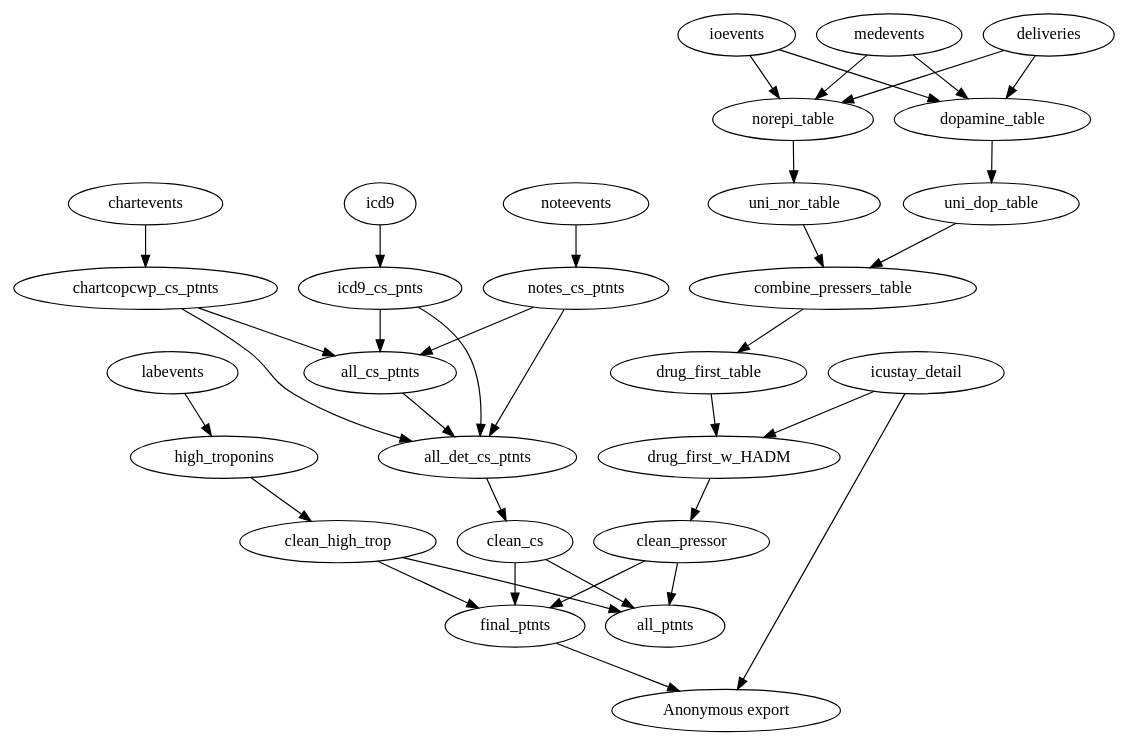
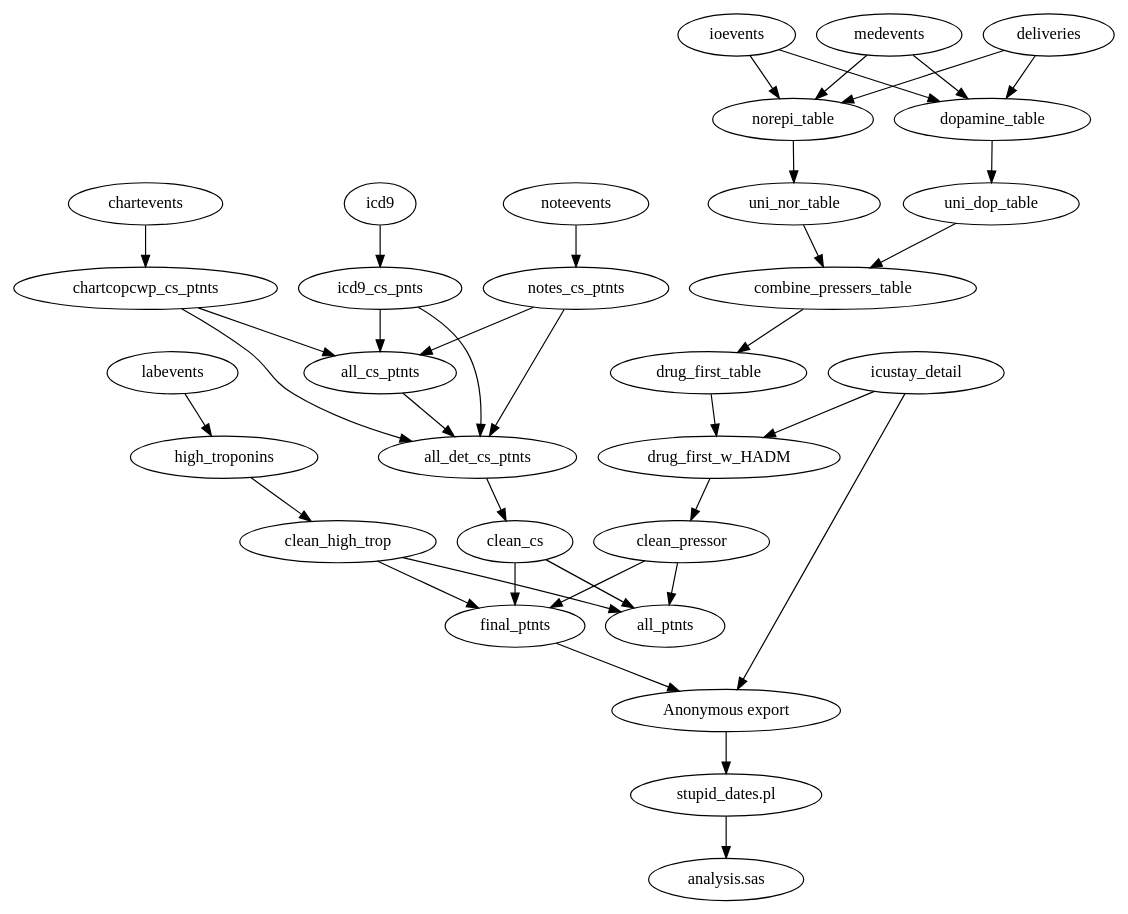
The diagram in postmi.dot (datamarathon/team-post-MI), drawn with Graphviz before and after one commit. The commit also changed 2 other files, not shown here.

Commit message:
Tidy up SAS files

```diff
--- a/postmi.dot
+++ b/postmi.dot
@@ -1,57 +1,59 @@
 digraph {
 
 //troponin.sql
 labevents -> high_troponins;
 
 //DataMarathon_V1.sql
 icd9 -> icd9_cs_pnts;
 noteevents -> notes_cs_ptnts;
 chartevents -> chartcopcwp_cs_ptnts;
 
 icd9_cs_pnts -> all_cs_ptnts;
 notes_cs_ptnts -> all_cs_ptnts;
 chartcopcwp_cs_ptnts -> all_cs_ptnts;
 
 all_cs_ptnts -> all_det_cs_ptnts;
 icd9_cs_pnts -> all_det_cs_ptnts;
 notes_cs_ptnts -> all_det_cs_ptnts;
 chartcopcwp_cs_ptnts -> all_det_cs_ptnts;
 
 //Presser_list.sql
 
 medevents -> dopamine_table;
 deliveries -> dopamine_table;
 ioevents -> dopamine_table;
 dopamine_table -> uni_dop_table;
 
 medevents -> norepi_table;
 deliveries -> norepi_table;
 ioevents -> norepi_table;
 norepi_table -> uni_nor_table;
 
 uni_nor_table -> combine_pressers_table;
 uni_dop_table -> combine_pressers_table;
 
 combine_pressers_table -> drug_first_table;
 
 icustay_detail -> drug_first_w_HADM;
 drug_first_table -> drug_first_w_HADM;
 
 // Andrew_Pulling it together.sql
 
 high_troponins -> clean_high_trop;
 all_det_cs_ptnts -> clean_cs;
 drug_first_w_HADM -> clean_pressor;
 
 clean_high_trop -> all_ptnts;
 clean_cs -> all_ptnts;
 clean_pressor -> all_ptnts;
 
 clean_high_trop -> final_ptnts;
 clean_cs -> final_ptnts;
 clean_pressor -> final_ptnts;
 
 icustay_detail -> "Anonymous export";
 final_ptnts -> "Anonymous export";
 
+"Anonymous export" -> "stupid_dates.pl" -> "analysis.sas";
+
 }
```
